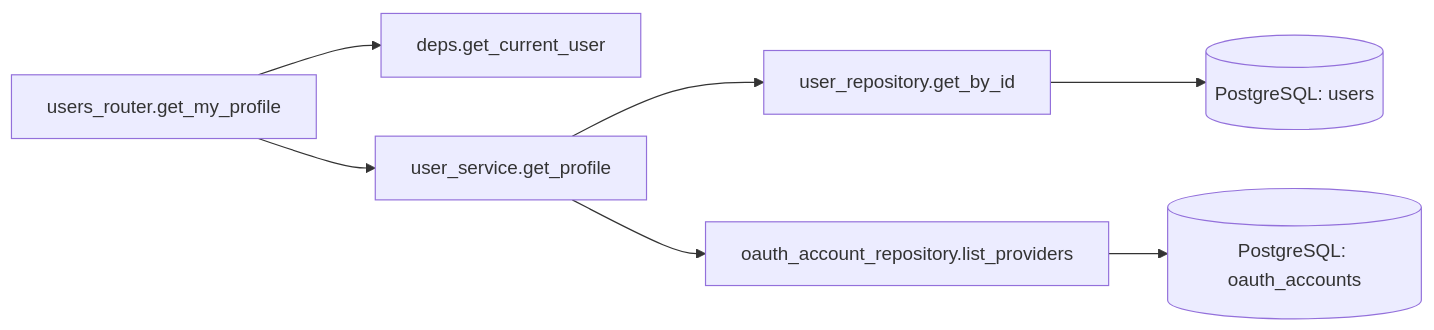
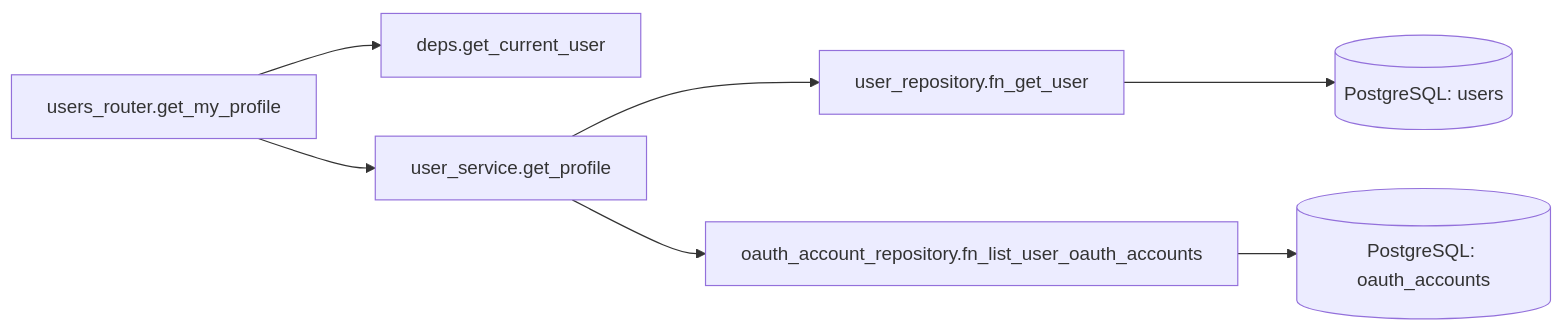
Before and after one commit to oikawa-d/task_management: the third of 4 diagrams in detailed_design/api/users/01_get_users_me.md, drawn with Mermaid. The commit also changed other lines of this file and 58 other files, not shown here.

````diff
--- a/detailed_design/api/users/01_get_users_me.md
+++ b/detailed_design/api/users/01_get_users_me.md
@@ -175,9 +175,9 @@
 ```mermaid
 flowchart LR
     R["users_router.get_my_profile"] --> DEP["deps.get_current_user"]
     R --> S["user_service.get_profile"]
-    S --> URP["user_repository.get_by_id"]
-    S --> OARP["oauth_account_repository.list_providers"]
+    S --> URP["user_repository.fn_get_user"]
+    S --> OARP["oauth_account_repository.fn_list_user_oauth_accounts"]
     URP --> PG[("PostgreSQL: users")]
     OARP --> PG2[("PostgreSQL: oauth_accounts")]
 ```
````
